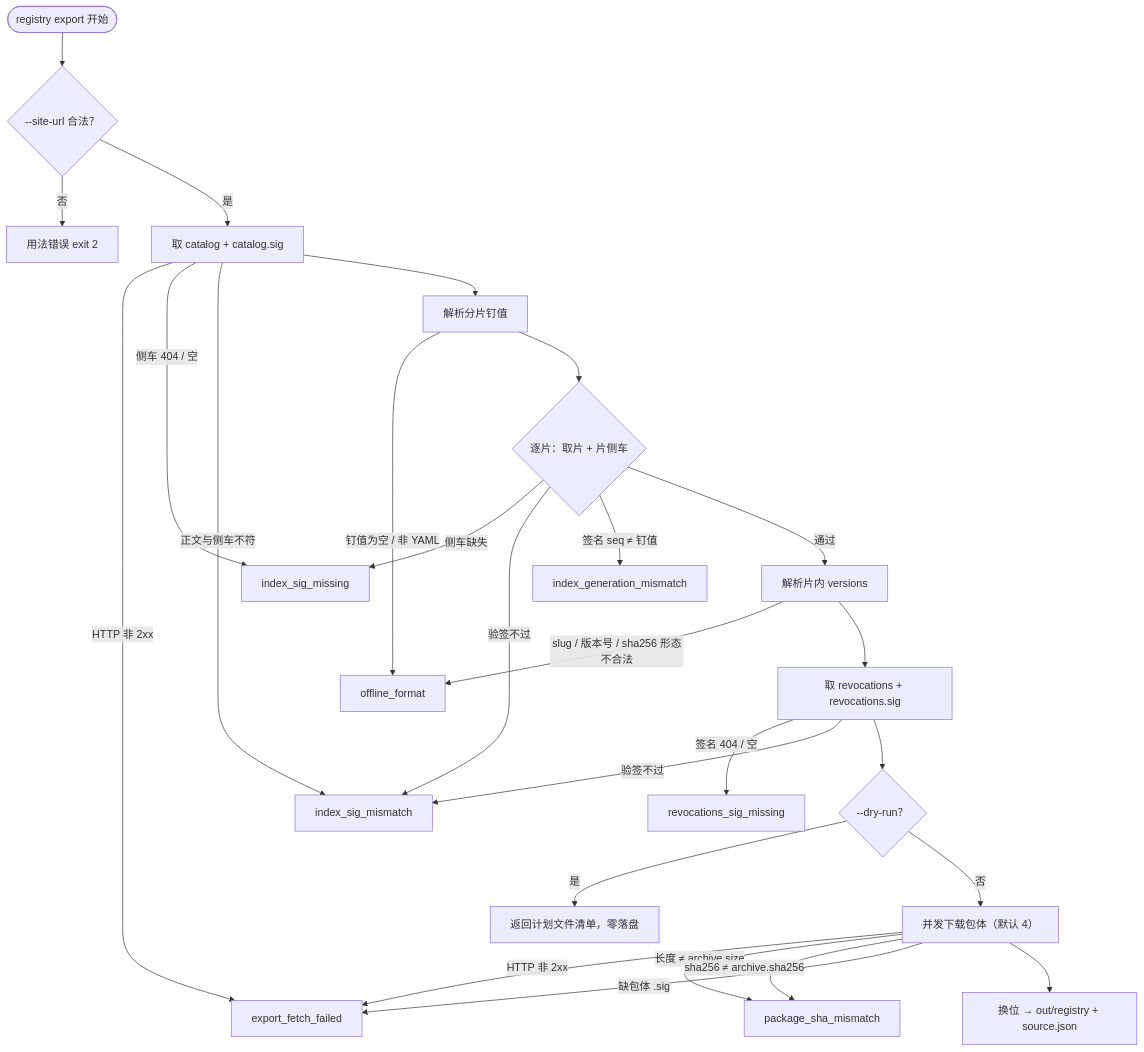
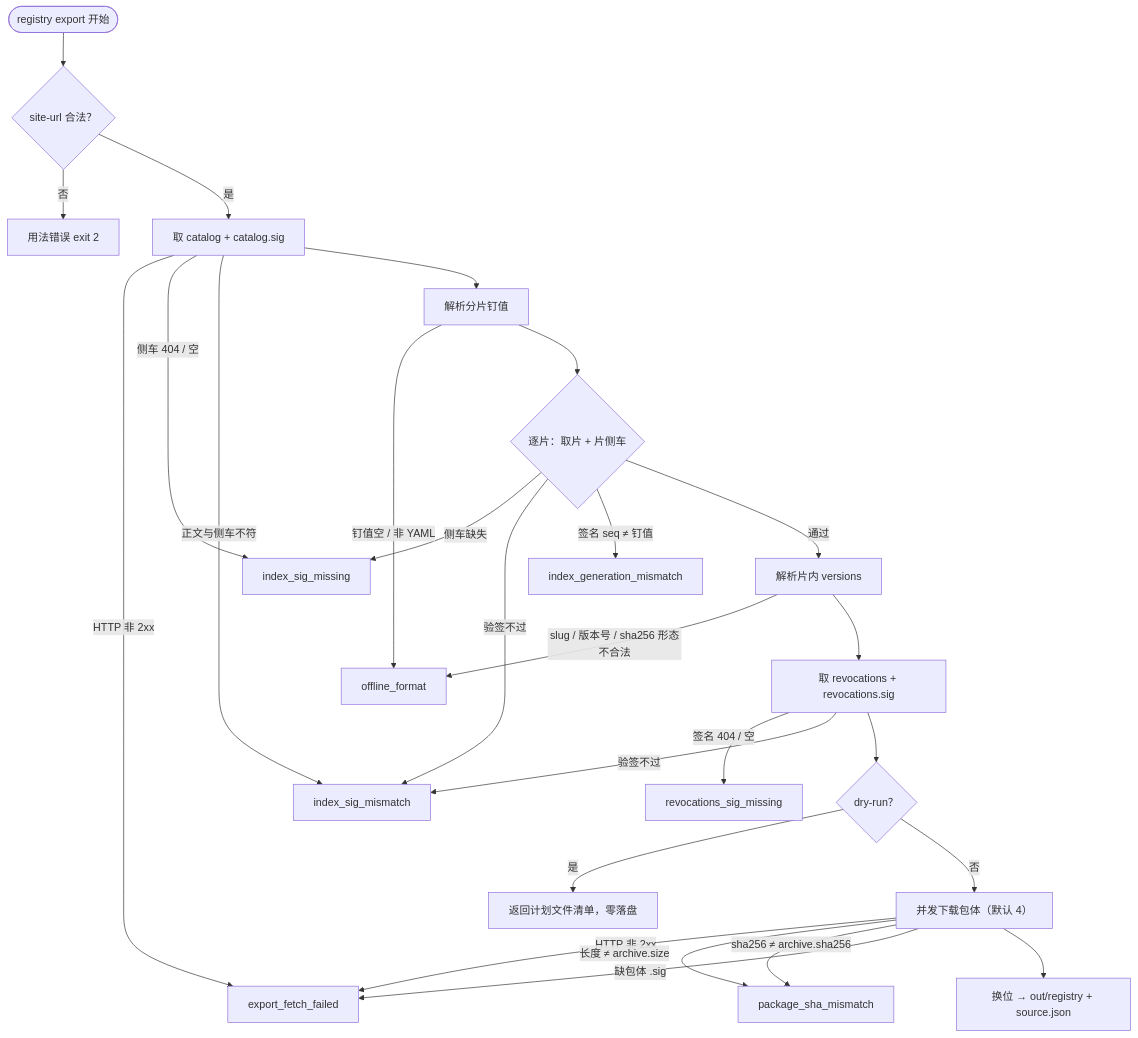
One commit to everpan/oj-module changed diagram 14 of 21 in docs/prd/20261026-registry-cli-commands-design.md. Above: the diagram before and after it, drawn with Mermaid. The commit also changed other lines of this file and 1 other file, not shown here.

Commit message:
docs(prd): registry 相关 CLI 命令全图（publish/install/sign/export/import/list 等，26 张 mermaid）

````diff
--- a/docs/prd/20261026-registry-cli-commands-design.md
+++ b/docs/prd/20261026-registry-cli-commands-design.md
@@ -127,32 +390,28 @@
 ```mermaid
 flowchart TD
-    S(["registry export 开始"]) --> U{"--site-url 合法？"}
+    S(["registry export 开始"]) --> U{"site-url 合法？"}
     U -->|"否"| E2["用法错误 exit 2"]
     U -->|"是"| F1["取 catalog + catalog.sig"]
-
     F1 -->|"HTTP 非 2xx"| X1["export_fetch_failed"]
     F1 -->|"侧车 404 / 空"| X2["index_sig_missing"]
     F1 -->|"正文与侧车不符"| X3["index_sig_mismatch"]
     F1 --> V1["解析分片钉值"]
-    V1 -->|"钉值为空 / 非 YAML"| X4["offline_format"]
-
+    V1 -->|"钉值空 / 非 YAML"| X4["offline_format"]
     V1 --> L{"逐片：取片 + 片侧车"}
     L -->|"侧车缺失"| X2
     L -->|"验签不过"| X3
     L -->|"签名 seq ≠ 钉值"| X5["index_generation_mismatch"]
     L -->|"通过"| V2["解析片内 versions"]
-
     V2 -->|"slug / 版本号 / sha256 形态不合法"| X4
     V2 --> R1["取 revocations + revocations.sig"]
     R1 -->|"签名 404 / 空"| X6["revocations_sig_missing"]
     R1 -->|"验签不过"| X3
-
-    R1 --> D{"--dry-run？"}
+    R1 --> D{"dry-run？"}
     D -->|"是"| DRY["返回计划文件清单，零落盘"]
     D -->|"否"| P["并发下载包体（默认 4）"]
     P -->|"HTTP 非 2xx"| X1
     P -->|"长度 ≠ archive.size"| X7["package_sha_mismatch"]
     P -->|"sha256 ≠ archive.sha256"| X7
     P -->|"缺包体 .sig"| X1
     P --> OK["换位 → out/registry + source.json"]
 ```
````
